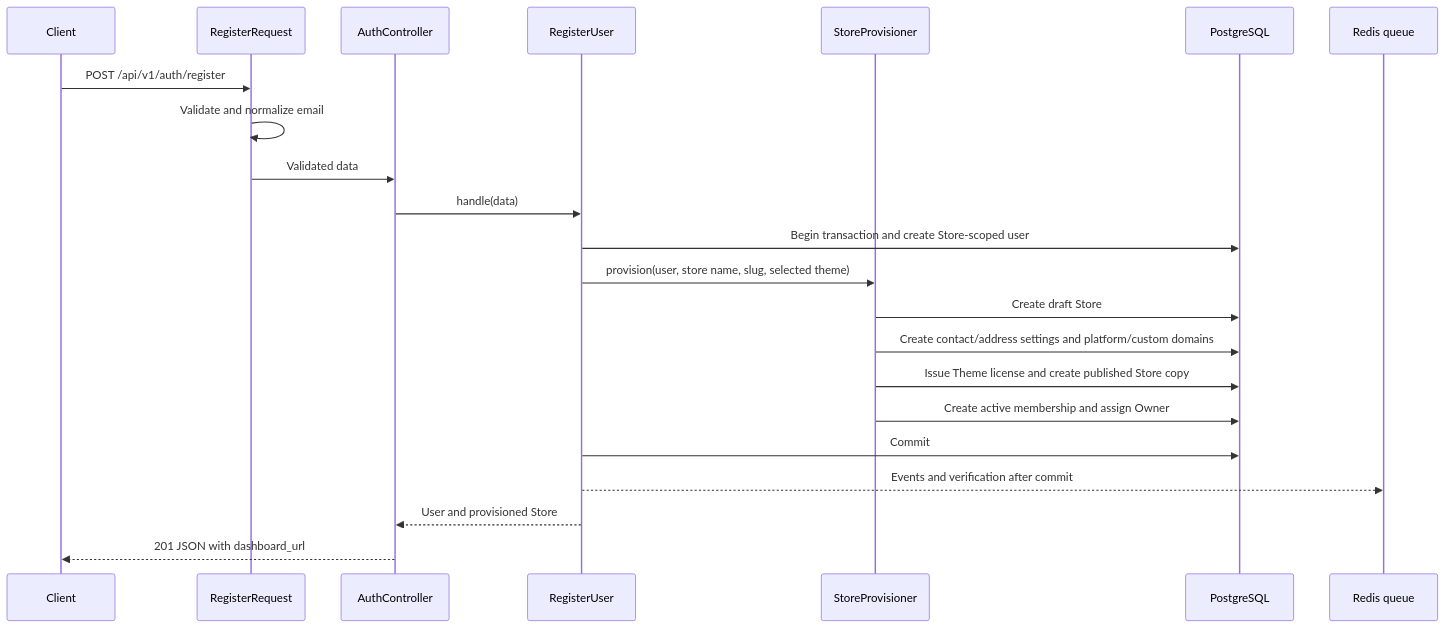
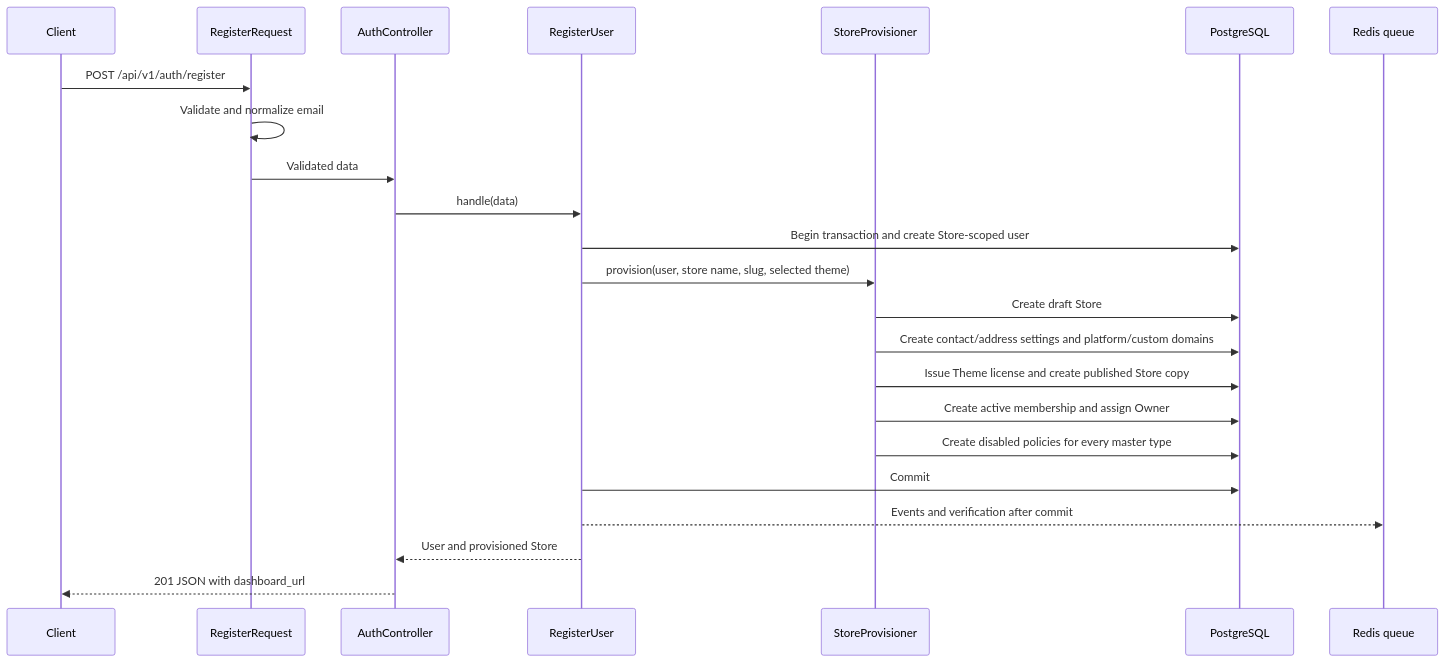
One commit to fzeeso/shopnxebk changed the fourth of 5 diagrams in docs/developer-guide.md. Above: the diagram before and after it, drawn with Mermaid. The commit also changed other lines of this file and 38 other files, not shown here.

````diff
--- a/docs/developer-guide.md
+++ b/docs/developer-guide.md
@@ -426,25 +450,26 @@
 ```mermaid
 sequenceDiagram
     participant Client
     participant Request as RegisterRequest
     participant Controller as AuthController
     participant Register as RegisterUser
     participant Provision as StoreProvisioner
     participant DB as PostgreSQL
     participant Queue as Redis queue
 
     Client->>Request: POST /api/v1/auth/register
     Request->>Request: Validate and normalize email
     Request->>Controller: Validated data
     Controller->>Register: handle(data)
     Register->>DB: Begin transaction and create Store-scoped user
     Register->>Provision: provision(user, store name, slug, selected theme)
     Provision->>DB: Create draft Store
     Provision->>DB: Create contact/address settings and platform/custom domains
     Provision->>DB: Issue Theme license and create published Store copy
     Provision->>DB: Create active membership and assign Owner
+    Provision->>DB: Create disabled policies for every master type
     Register->>DB: Commit
     Register-->>Queue: Events and verification after commit
     Register-->>Controller: User and provisioned Store
     Controller-->>Client: 201 JSON with dashboard_url
 ```
````
